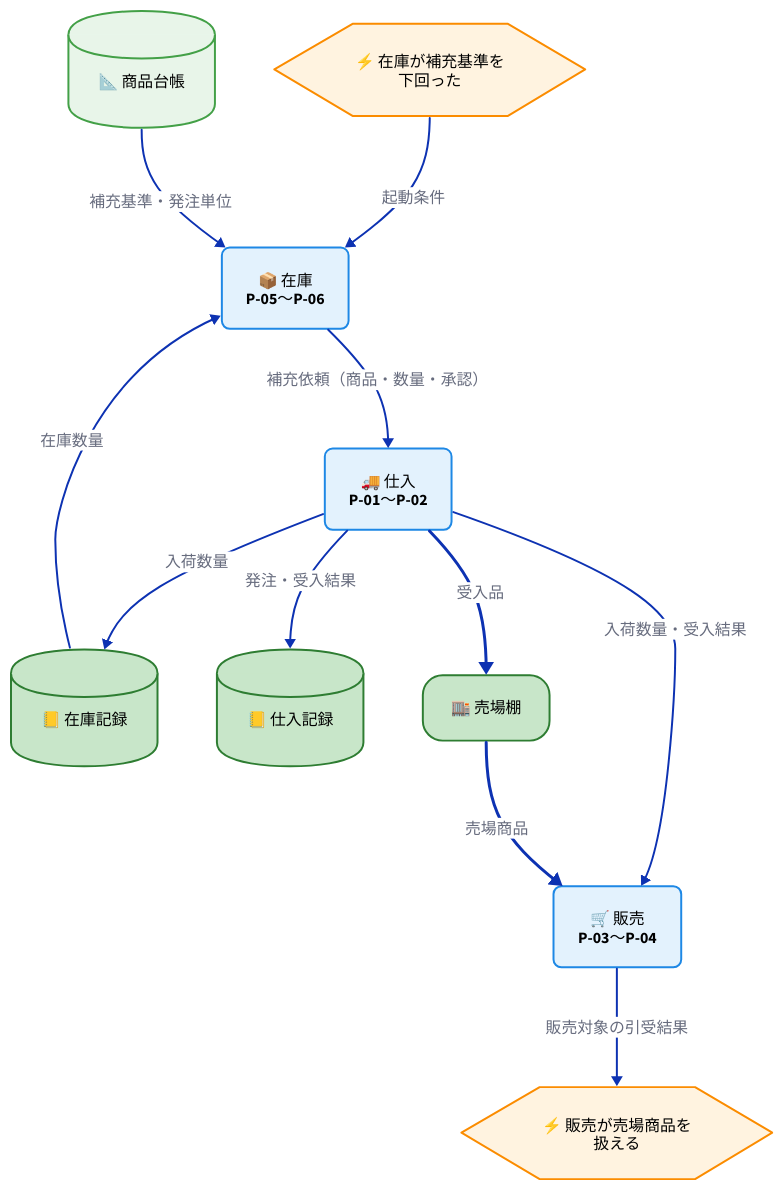
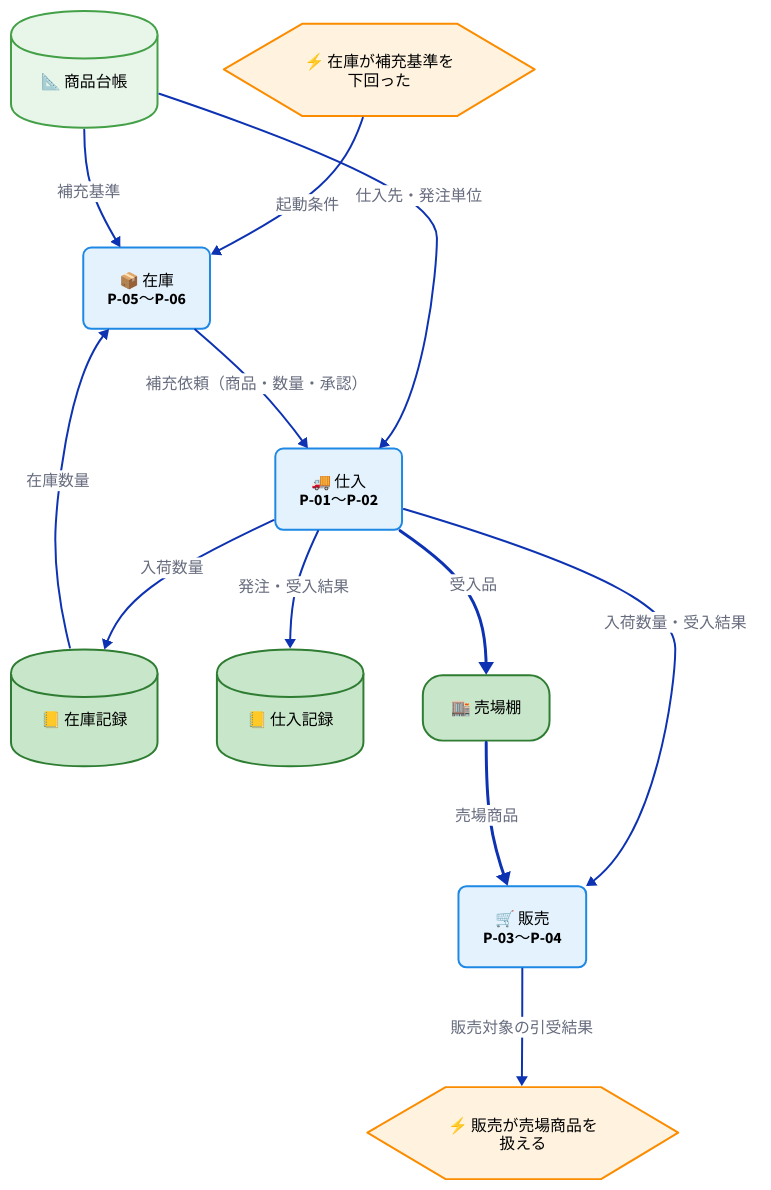
The first of 2 diagrams in docs/ja/specdojo/samples/cdfd-uc-sample.md (specdojo/specdojo), drawn with D2 before and after one commit. The commit also changed other lines of this file and 5 other files, not shown here.

````diff
--- a/docs/ja/specdojo/samples/cdfd-uc-sample.md
+++ b/docs/ja/specdojo/samples/cdfd-uc-sample.md
@@ -71,74 +71,75 @@
 ```d2
 direction: down
 
 classes: {
   process: {
     shape: rectangle
     style: {
       border-radius: 8
       fill: "#e3f2fd"
       stroke: "#1e88e5"
       font-color: "#000000"
     }
   }
   event: {
     shape: hexagon
     style: {
       fill: "#fff3e0"
       stroke: "#fb8c00"
       font-color: "#000000"
     }
   }
   store_master: {
     shape: cylinder
     style: {
       fill: "#e8f5e9"
       stroke: "#43a047"
       font-color: "#000000"
     }
   }
   store_transaction: {
     shape: cylinder
     style: {
       fill: "#c8e6c9"
       stroke: "#2e7d32"
       font-color: "#000000"
     }
   }
   physical_store: {
     shape: rectangle
     style: {
       border-radius: 20
       fill: "#c8e6c9"
       stroke: "#2e7d32"
       font-color: "#000000"
     }
   }
   material_flow: {
     style: {
       stroke-width: 3
     }
   }
 }
 
 start: "⚡ 在庫が補充基準を\n下回った" { class: event }
 inventory: "📦 在庫\nP-05〜P-06" { class: process }
 purchasing: "🚚 仕入\nP-01〜P-02" { class: process }
 sales: "🛒 販売\nP-03〜P-04" { class: process }
 end: "⚡ 販売が売場商品を\n扱える" { class: event }
-item_master: "📐 商品台帳" { class: store_master }
+product_master: "📐 商品台帳" { class: store_master }
 inventory_record: "📒 在庫記録" { class: store_transaction }
 purchase_record: "📒 仕入記録" { class: store_transaction }
 display_shelf: "🏬 売場棚" { class: physical_store }
 
 start -> inventory: "起動条件"
-item_master -> inventory: "補充基準・発注単位"
+product_master -> inventory: "補充基準"
+product_master -> purchasing: "仕入先・発注単位"
 inventory_record -> inventory: "在庫数量"
 inventory -> purchasing: "補充依頼（商品・数量・承認）"
 purchasing -> purchase_record: "発注・受入結果"
 inventory_record <- purchasing: "入荷数量"
 purchasing -> display_shelf: "受入品" { class: material_flow }
 purchasing -> sales: "入荷数量・受入結果"
 display_shelf -> sales: "売場商品" { class: material_flow }
 sales -> end: "販売対象の引受結果"
 ```
````
